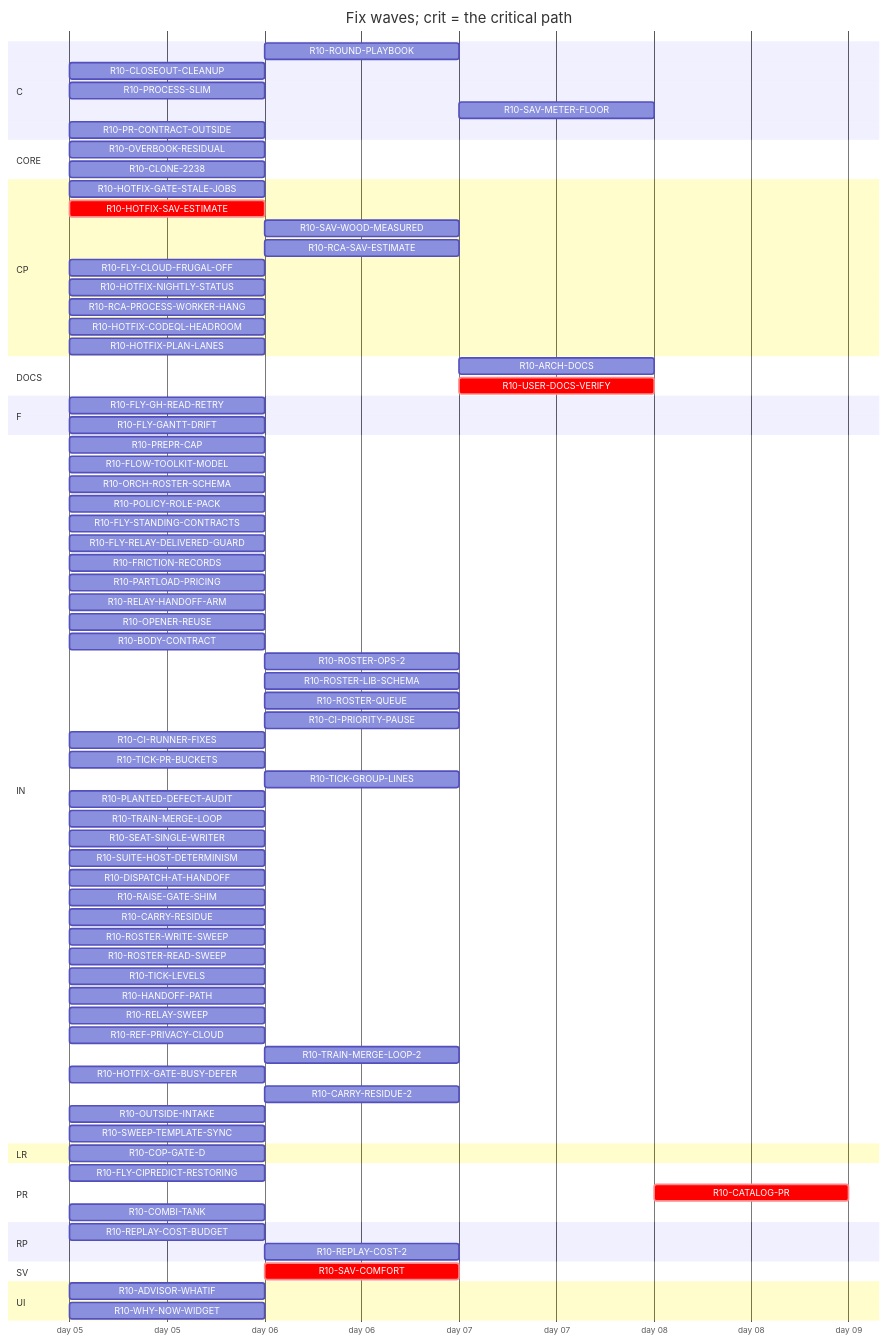
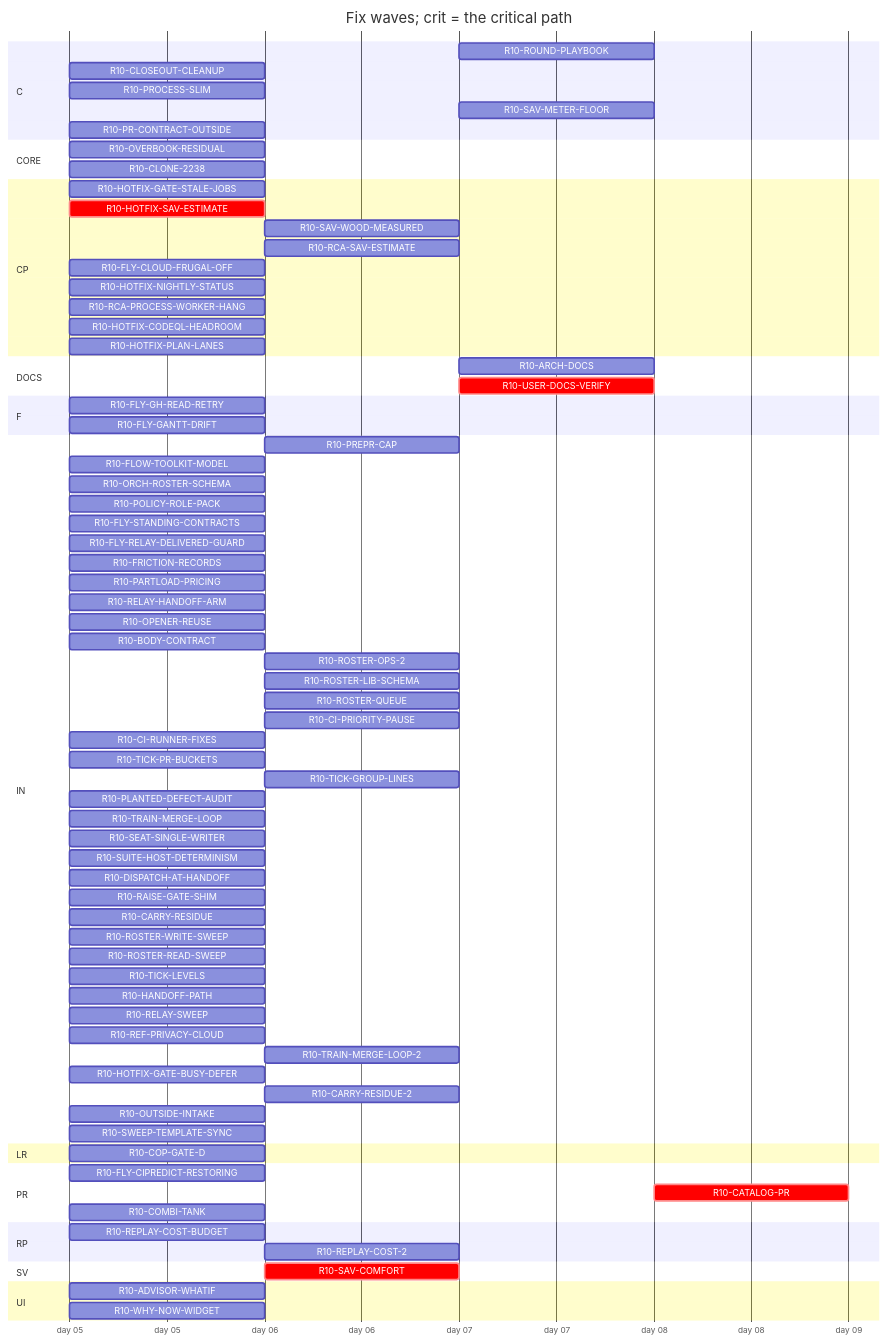
One commit to tvofi/heatpump_optimizer changed the diagram in handoff/round10/state/PLAN-TABLE.md. Above: the diagram before and after it, drawn with Mermaid. The commit also changed other lines of this file and 4 other files, not shown here.

Commit message:
state: FLOW-BOARD.md, NEXT-SESSION-PROMPT.md, PLAN-TABLE.md, PLAN.html, RESUME-CURRENT.md regenerated (state_docs.py)

````diff
--- a/handoff/round10/state/PLAN-TABLE.md
+++ b/handoff/round10/state/PLAN-TABLE.md
@@ -24,82 +24,82 @@
 ```mermaid
 gantt
   title Fix waves; crit = the critical path
   dateFormat YYYY-MM-DD
   axisFormat day %d
   section C
     R10-ROUND-PLAYBOOK :r10ROUNDPLAYBOOK, after r10PREPRCAP r10HANDOFFPATH r10RELAYSWEEP r10TRAINMERGELOOP r10DISPATCHATHANDOFF r10BODYCONTRACT r10TICKLEVELS r10CIPRIORITYPAUSE r10ROSTERWRITESWEEP r10ROSTERREADSWEEP r10FLYSTANDINGCONTRACTS r10POLICYROLEPACK r10FRICTIONRECORDS r10FLOWTOOLKITMODEL r10CIRUNNERFIXES r10FLYCIPREDICTRESTORING r10RAISEGATESHIM r10PLANTEDDEFECTAUDIT r10FLYGHREADRETRY r10SUITEHOSTDETERMINISM, 1d
     R10-CLOSEOUT-CLEANUP :r10CLOSEOUTCLEANUP, 2026-01-05, 1d
     R10-PROCESS-SLIM :r10PROCESSSLIM, 2026-01-05, 1d
     R10-SAV-METER-FLOOR :r10SAVMETERFLOOR, after r10HOTFIXSAVESTIMATE r10SAVCOMFORT, 1d
     R10-PR-CONTRACT-OUTSIDE :r10PRCONTRACTOUTSIDE, 2026-01-05, 1d
   section CORE
     R10-OVERBOOK-RESIDUAL :r10OVERBOOKRESIDUAL, 2026-01-05, 1d
     R10-CLONE-2238 :r10CLONE2238, 2026-01-05, 1d
   section CP
     R10-HOTFIX-GATE-STALE-JOBS :r10HOTFIXGATESTALEJOBS, 2026-01-05, 1d
     R10-HOTFIX-SAV-ESTIMATE :crit, r10HOTFIXSAVESTIMATE, 2026-01-05, 1d
     R10-SAV-WOOD-MEASURED :r10SAVWOODMEASURED, after r10HOTFIXSAVESTIMATE, 1d
     R10-RCA-SAV-ESTIMATE :r10RCASAVESTIMATE, after r10HOTFIXSAVESTIMATE, 1d
     R10-FLY-CLOUD-FRUGAL-OFF :r10FLYCLOUDFRUGALOFF, 2026-01-05, 1d
     R10-HOTFIX-NIGHTLY-STATUS :r10HOTFIXNIGHTLYSTATUS, 2026-01-05, 1d
     R10-RCA-PROCESS-WORKER-HANG :r10RCAPROCESSWORKERHANG, 2026-01-05, 1d
     R10-HOTFIX-CODEQL-HEADROOM :r10HOTFIXCODEQLHEADROOM, 2026-01-05, 1d
     R10-HOTFIX-PLAN-LANES :r10HOTFIXPLANLANES, 2026-01-05, 1d
   section DOCS
     R10-ARCH-DOCS :r10ARCHDOCS, after r10CARRYRESIDUE r10OVERBOOKRESIDUAL r10CLONE2238 r10SAVCOMFORT r10COPGATED r10WHYNOWWIDGET r10PARTLOADPRICING r10ADVISORWHATIF r10REPLAYCOSTBUDGET r10PREPRCAP r10HANDOFFPATH r10RELAYSWEEP r10TRAINMERGELOOP r10DISPATCHATHANDOFF r10BODYCONTRACT r10TICKLEVELS r10CIPRIORITYPAUSE r10ROSTERWRITESWEEP r10ROSTERREADSWEEP r10FLYSTANDINGCONTRACTS r10POLICYROLEPACK r10FRICTIONRECORDS r10FLOWTOOLKITMODEL r10CIRUNNERFIXES r10FLYCIPREDICTRESTORING r10RAISEGATESHIM r10PLANTEDDEFECTAUDIT r10FLYGHREADRETRY r10SUITEHOSTDETERMINISM, 1d
     R10-USER-DOCS-VERIFY :crit, r10USERDOCSVERIFY, after r10CARRYRESIDUE r10OVERBOOKRESIDUAL r10CLONE2238 r10SAVCOMFORT r10COPGATED r10WHYNOWWIDGET r10PARTLOADPRICING r10ADVISORWHATIF r10REPLAYCOSTBUDGET, 1d
   section F
     R10-FLY-GH-READ-RETRY :r10FLYGHREADRETRY, 2026-01-05, 1d
     R10-FLY-GANTT-DRIFT :r10FLYGANTTDRIFT, 2026-01-05, 1d
   section IN
-    R10-PREPR-CAP :r10PREPRCAP, 2026-01-05, 1d
+    R10-PREPR-CAP :r10PREPRCAP, after r10PROCESSSLIM, 1d
     R10-FLOW-TOOLKIT-MODEL :r10FLOWTOOLKITMODEL, 2026-01-05, 1d
     R10-ORCH-ROSTER-SCHEMA :r10ORCHROSTERSCHEMA, 2026-01-05, 1d
     R10-POLICY-ROLE-PACK :r10POLICYROLEPACK, 2026-01-05, 1d
     R10-FLY-STANDING-CONTRACTS :r10FLYSTANDINGCONTRACTS, 2026-01-05, 1d
     R10-FLY-RELAY-DELIVERED-GUARD :r10FLYRELAYDELIVEREDGUARD, 2026-01-05, 1d
     R10-FRICTION-RECORDS :r10FRICTIONRECORDS, 2026-01-05, 1d
     R10-PARTLOAD-PRICING :r10PARTLOADPRICING, 2026-01-05, 1d
     R10-RELAY-HANDOFF-ARM :r10RELAYHANDOFFARM, 2026-01-05, 1d
     R10-OPENER-REUSE :r10OPENERREUSE, 2026-01-05, 1d
     R10-BODY-CONTRACT :r10BODYCONTRACT, 2026-01-05, 1d
     R10-ROSTER-OPS-2 :r10ROSTEROPS2, after r10ORCHROSTERSCHEMA, 1d
     R10-ROSTER-LIB-SCHEMA :r10ROSTERLIBSCHEMA, after r10ORCHROSTERSCHEMA, 1d
     R10-ROSTER-QUEUE :r10ROSTERQUEUE, after r10ORCHROSTERSCHEMA, 1d
     R10-CI-PRIORITY-PAUSE :r10CIPRIORITYPAUSE, after r10TICKLEVELS, 1d
     R10-CI-RUNNER-FIXES :r10CIRUNNERFIXES, 2026-01-05, 1d
     R10-TICK-PR-BUCKETS :r10TICKPRBUCKETS, 2026-01-05, 1d
     R10-TICK-GROUP-LINES :r10TICKGROUPLINES, after r10ORCHROSTERSCHEMA, 1d
     R10-PLANTED-DEFECT-AUDIT :r10PLANTEDDEFECTAUDIT, 2026-01-05, 1d
     R10-TRAIN-MERGE-LOOP :r10TRAINMERGELOOP, 2026-01-05, 1d
     R10-SEAT-SINGLE-WRITER :r10SEATSINGLEWRITER, 2026-01-05, 1d
     R10-SUITE-HOST-DETERMINISM :r10SUITEHOSTDETERMINISM, 2026-01-05, 1d
     R10-DISPATCH-AT-HANDOFF :r10DISPATCHATHANDOFF, 2026-01-05, 1d
     R10-RAISE-GATE-SHIM :r10RAISEGATESHIM, 2026-01-05, 1d
     R10-CARRY-RESIDUE :r10CARRYRESIDUE, 2026-01-05, 1d
     R10-ROSTER-WRITE-SWEEP :r10ROSTERWRITESWEEP, 2026-01-05, 1d
     R10-ROSTER-READ-SWEEP :r10ROSTERREADSWEEP, 2026-01-05, 1d
     R10-TICK-LEVELS :r10TICKLEVELS, 2026-01-05, 1d
     R10-HANDOFF-PATH :r10HANDOFFPATH, 2026-01-05, 1d
     R10-RELAY-SWEEP :r10RELAYSWEEP, 2026-01-05, 1d
     R10-REF-PRIVACY-CLOUD :r10REFPRIVACYCLOUD, 2026-01-05, 1d
     R10-TRAIN-MERGE-LOOP-2 :r10TRAINMERGELOOP2, after r10TRAINMERGELOOP, 1d
     R10-HOTFIX-GATE-BUSY-DEFER :r10HOTFIXGATEBUSYDEFER, 2026-01-05, 1d
     R10-CARRY-RESIDUE-2 :r10CARRYRESIDUE2, after r10CARRYRESIDUE, 1d
     R10-OUTSIDE-INTAKE :r10OUTSIDEINTAKE, 2026-01-05, 1d
     R10-SWEEP-TEMPLATE-SYNC :r10SWEEPTEMPLATESYNC, 2026-01-05, 1d
   section LR
     R10-COP-GATE-D :r10COPGATED, 2026-01-05, 1d
   section PR
     R10-FLY-CIPREDICT-RESTORING :r10FLYCIPREDICTRESTORING, 2026-01-05, 1d
     R10-CATALOG-PR :crit, r10CATALOGPR, after r10USERDOCSVERIFY r10ARCHDOCS r10ROUNDPLAYBOOK r10CLOSEOUTCLEANUP, 1d
     R10-COMBI-TANK :r10COMBITANK, 2026-01-05, 1d
   section RP
     R10-REPLAY-COST-BUDGET :r10REPLAYCOSTBUDGET, 2026-01-05, 1d
     R10-REPLAY-COST-2 :r10REPLAYCOST2, after r10REPLAYCOSTBUDGET, 1d
   section SV
     R10-SAV-COMFORT :crit, r10SAVCOMFORT, after r10HOTFIXSAVESTIMATE, 1d
   section UI
     R10-ADVISOR-WHATIF :r10ADVISORWHATIF, 2026-01-05, 1d
     R10-WHY-NOW-WIDGET :r10WHYNOWWIDGET, 2026-01-05, 1d
 ```
````
